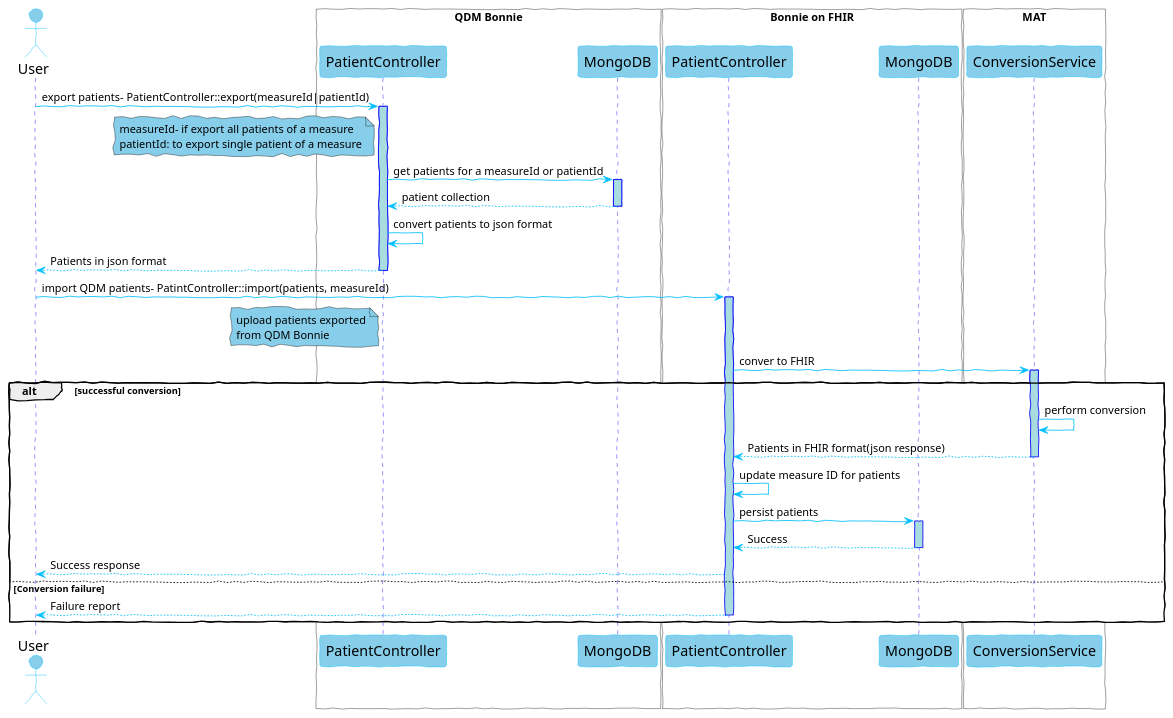
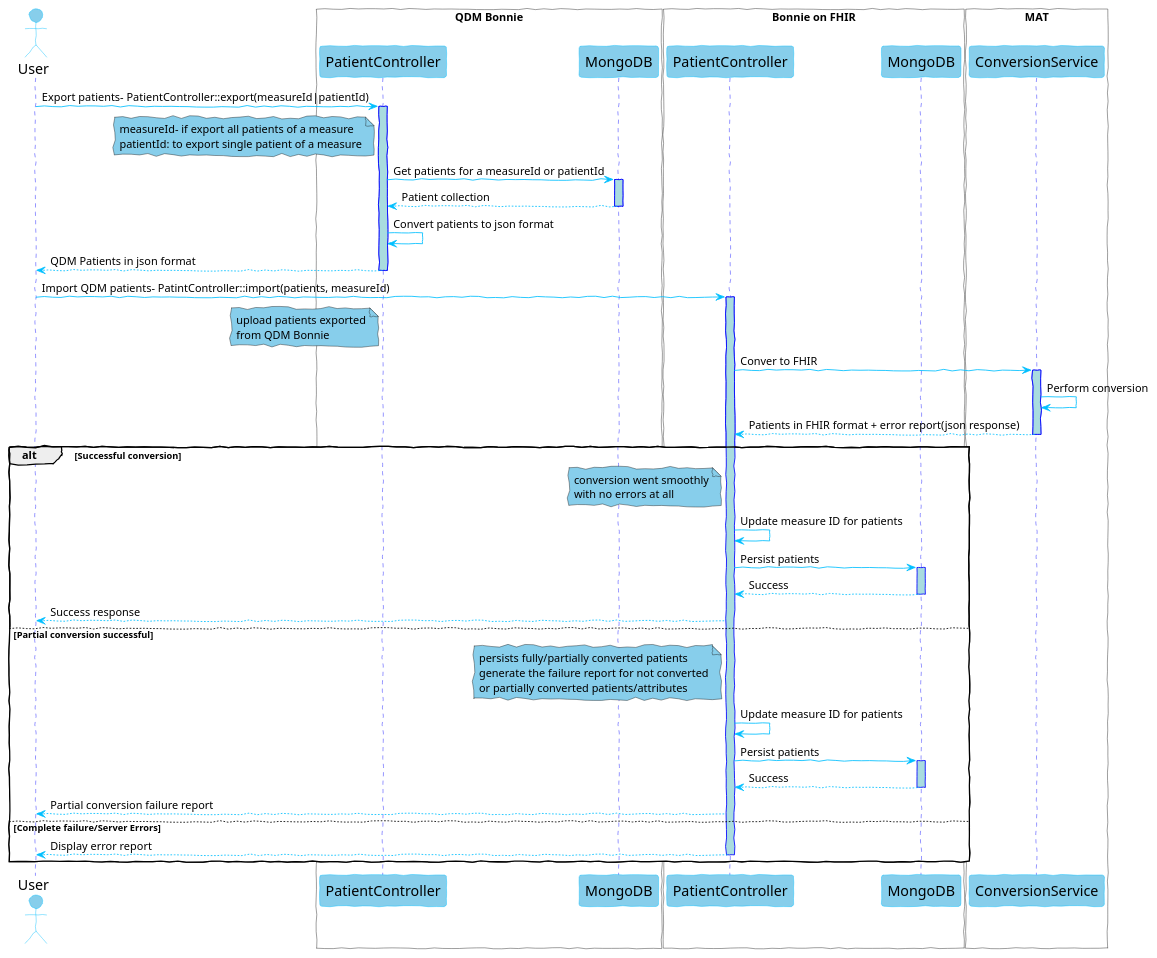
One commit to MeasureAuthoringTool/bonnie changed the diagram in uml/patient_conversion_seq_diagram.puml. Above: the diagram before and after it, drawn with PlantUML.

Commit message:
QDM to FHIR patient conversion sequence diagram

```diff
--- a/uml/patient_conversion_seq_diagram.puml
+++ b/uml/patient_conversion_seq_diagram.puml
@@ -1,81 +1,98 @@
 @startuml
 skinparam handwritten true
 skinparam sequence {
 ArrowColor DeepSkyBlue
 ActorBorderColor DeepSkyBlue
 LifeLineBorderColor blue
 LifeLineBackgroundColor #A9DCDF
 
 ParticipantBorderColor DeepSkyBlue
 ParticipantBackgroundColor skyblue
 ParticipantFontName Impact
 ParticipantFontSize 17
 ParticipantFontColor #000
 
 ActorBackgroundColor skyblue
 ActorFontColor #000
 ActorFontSize 17
 ActorFontName Aapex
 }
 
 actor User
 box "QDM Bonnie" #FFF
 participant "PatientController" as A
 participant "MongoDB" as B
 end box
 
 box "Bonnie on FHIR" #FFF
 participant "PatientController" as C
 participant "MongoDB" as D
 end box
 
 box "MAT" #FFF
 participant "ConversionService" as E
 end box
 
-User -> A: export patients- PatientController::export(measureId|patientId)
+User -> A: Export patients- PatientController::export(measureId|patientId)
 activate A
 note left of A #skyblue
 measureId- if export all patients of a measure
 patientId: to export single patient of a measure
 end note
 
-A -> B: get patients for a measureId or patientId
+A -> B: Get patients for a measureId or patientId
 activate B
 
-B --> A: patient collection
+B --> A: Patient collection
 deactivate B
 
-A -> A : convert patients to json format
+A -> A : Convert patients to json format
 
-A --> User: Patients in json format
+A --> User: QDM Patients in json format
 deactivate A
 
-User -> C : import QDM patients- PatintController::import(patients, measureId)
+User -> C : Import QDM patients- PatintController::import(patients, measureId)
 activate C
 note left of A #skyblue
 upload patients exported
 from QDM Bonnie
 end note
 
-C -> E : conver to FHIR
+C -> E : Conver to FHIR
 activate E
 
-alt #FFF successful conversion
- E -> E: perform conversion
- E --> C: Patients in FHIR format(json response)
- deactivate E
+E -> E: Perform conversion
+E --> C: Patients in FHIR format + error report(json response)
+deactivate E
 
- C -> C: update measure ID for patients
- C -> D: persist patients
- Activate D
+alt #FFF Successful conversion
+  note left of C #skyblue
+    conversion went smoothly
+    with no errors at all
+  end note
+  C -> C: Update measure ID for patients
+  C -> D: Persist patients
+  Activate D
 
- D --> C: Success
- deactivate D
+  D --> C: Success
+  deactivate D
 
- C --> User : Success response
-else Conversion failure
- C --> User: Failure report
- deactivate C
+  C --> User : Success response
+else Partial conversion successful
+  note left of C #skyblue
+    persists fully/partially converted patients
+    generate the failure report for not converted
+    or partially converted patients/attributes
+  end note
+  C -> C: Update measure ID for patients
+  C -> D: Persist patients
+  Activate D
+
+  D --> C: Success
+  deactivate D
+  C --> User: Partial conversion failure report
+else Complete failure/Server Errors
+  C --> User: Display error report
+  deactivate C
 end
 @enduml
```
